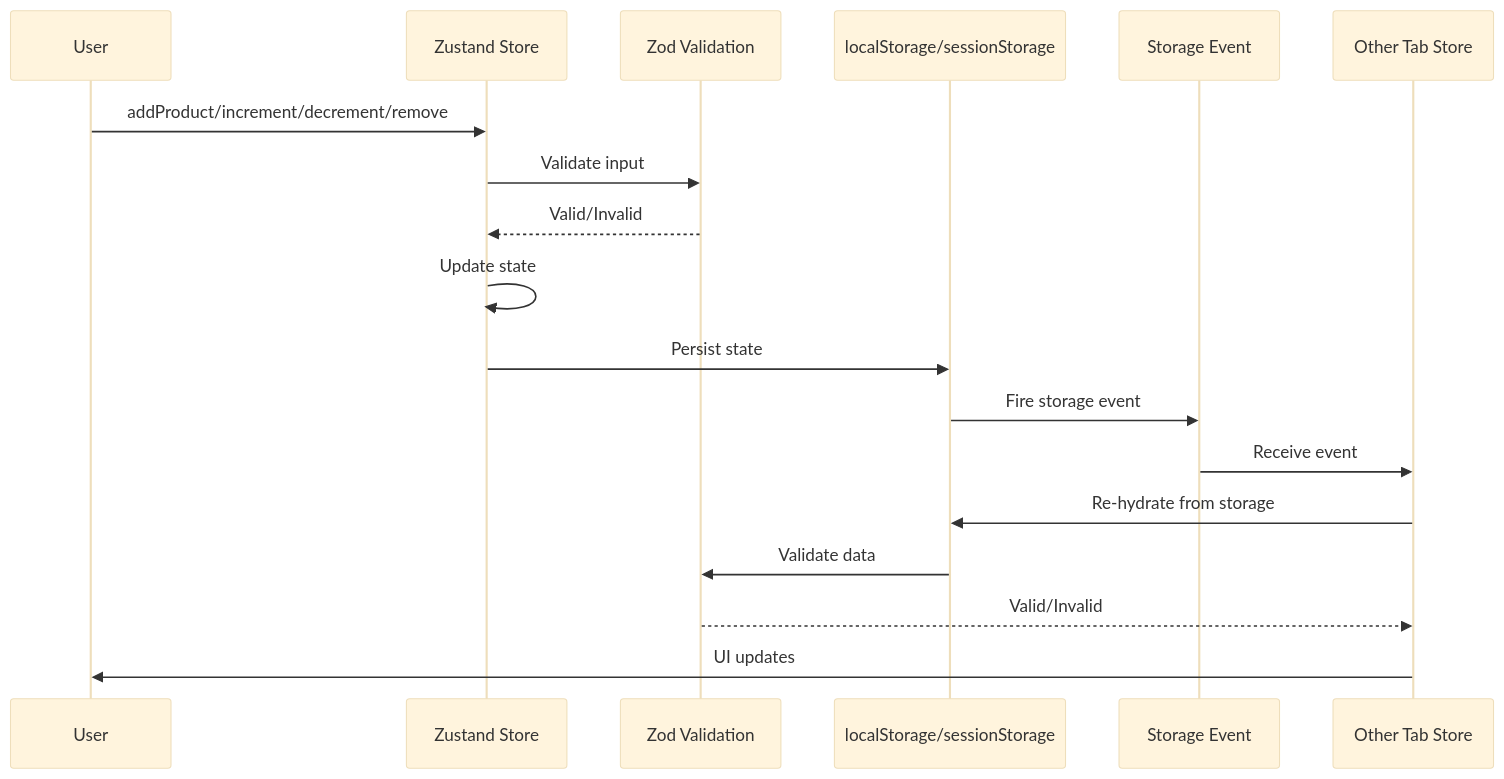
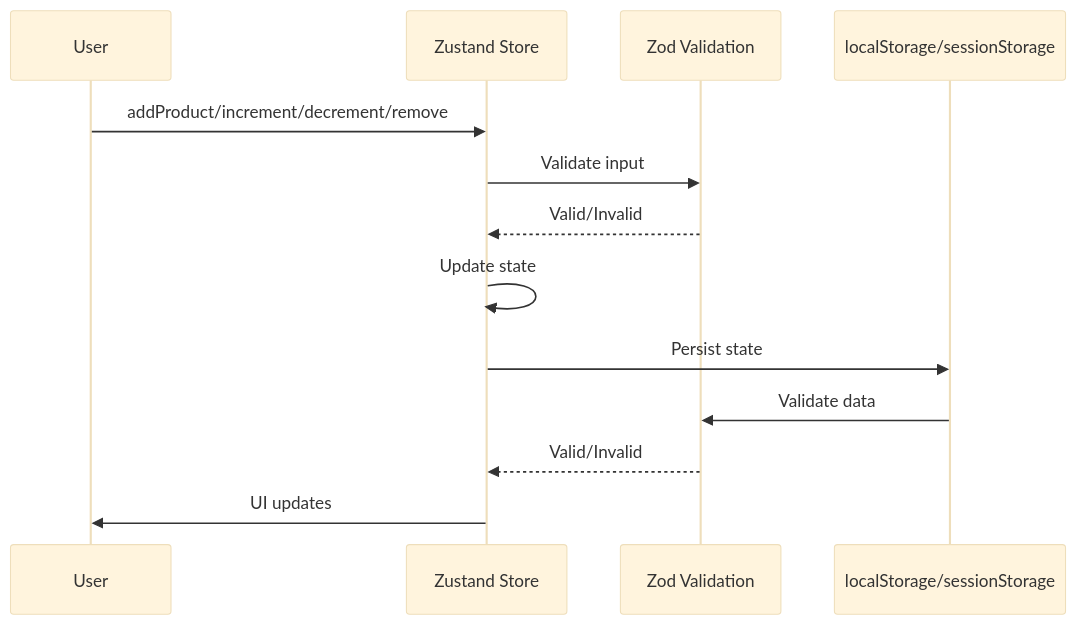
One commit to munrhalls/sanglogium changed the diagram in docs/basket/non-local-basket/README.md. Above: the diagram before and after it, drawn with Mermaid (base theme). The commit also changed other lines of this file and 3 other files, not shown here.

Commit message:
Difficulty: 3 - C, Refactor (docs/basket, store/__tests__/e2e): Remove cross-tab synchronization from non-local basket → DoD:0 <ADR decision to eliminate race condition bug>

````diff
--- a/docs/basket/non-local-basket/README.md
+++ b/docs/basket/non-local-basket/README.md
@@ -9,21 +9,16 @@
 ```mermaid
 sequenceDiagram
     participant User as User
     participant Store as Zustand Store
     participant Zod as Zod Validation
     participant Storage as localStorage/sessionStorage
-    participant Event as Storage Event
-    participant OtherTab as Other Tab Store
     
     User->>Store: addProduct/increment/decrement/remove
     Store->>Zod: Validate input
     Zod-->>Store: Valid/Invalid
     Store->>Store: Update state
     Store->>Storage: Persist state
-    Storage->>Event: Fire storage event
-    Event->>OtherTab: Receive event
-    OtherTab->>Storage: Re-hydrate from storage
     Storage->>Zod: Validate data
-    Zod-->>OtherTab: Valid/Invalid
-    OtherTab->>User: UI updates
+    Zod-->>Store: Valid/Invalid
+    Store->>User: UI updates
 ```
````
